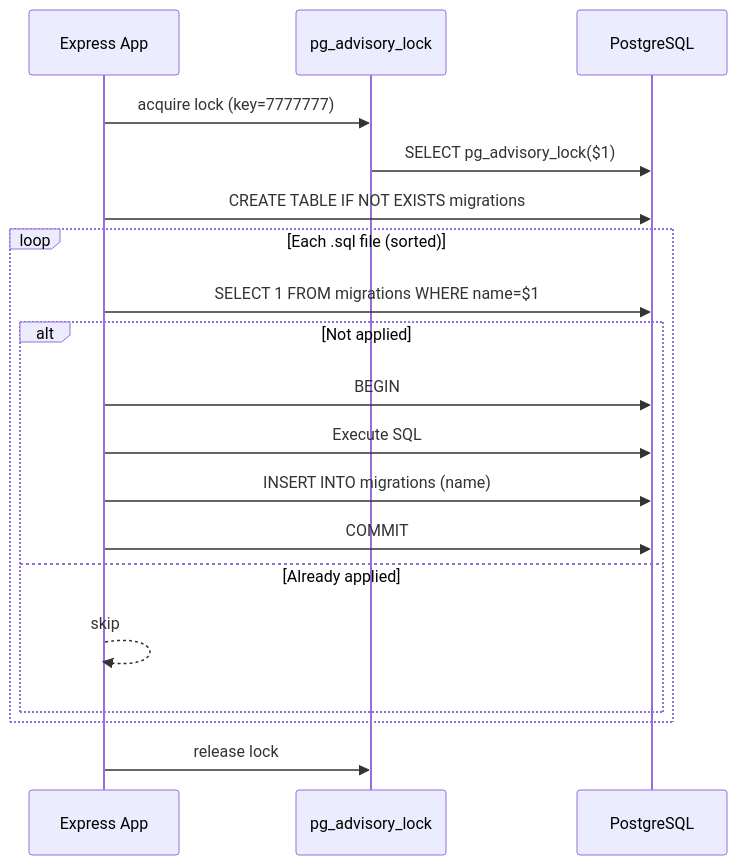
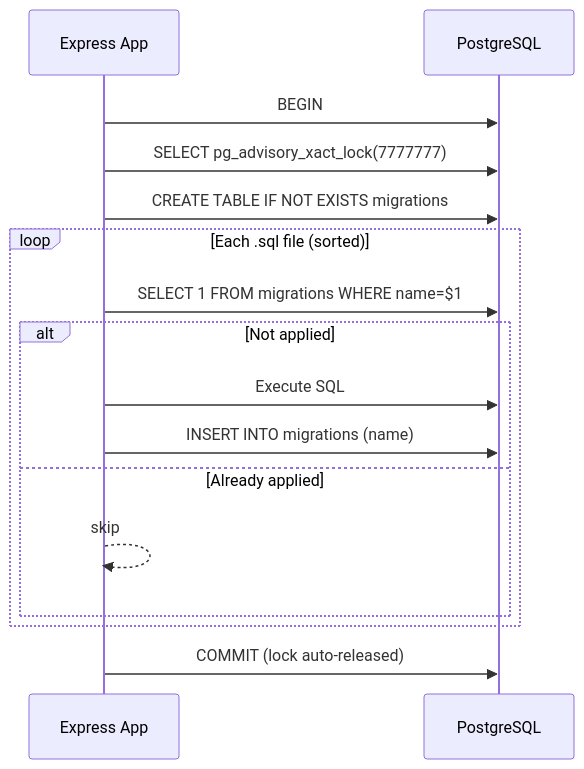
The diagram in docs/development.md (apolenkov/myapp-hello), drawn with Mermaid before and after one commit. The commit also changed other lines of this file and 2 other files, not shown here.

Commit message:
docs: fix health endpoint, advisory lock, and log level documentation

````diff
--- a/docs/development.md
+++ b/docs/development.md
@@ -67,22 +67,19 @@
 ```mermaid
 %%{init: {theme: 'neutral'}}%%
 sequenceDiagram
     participant App as Express App
-    participant Lock as pg_advisory_lock
     participant DB as PostgreSQL
-    App->>Lock: acquire lock (key=7777777)
-    Lock->>DB: SELECT pg_advisory_lock($1)
+    App->>DB: BEGIN
+    App->>DB: SELECT pg_advisory_xact_lock(7777777)
     App->>DB: CREATE TABLE IF NOT EXISTS migrations
     loop Each .sql file (sorted)
         App->>DB: SELECT 1 FROM migrations WHERE name=$1
         alt Not applied
-            App->>DB: BEGIN
             App->>DB: Execute SQL
             App->>DB: INSERT INTO migrations (name)
-            App->>DB: COMMIT
         else Already applied
             App-->>App: skip
         end
     end
-    App->>Lock: release lock
+    App->>DB: COMMIT (lock auto-released)
 ```
````
